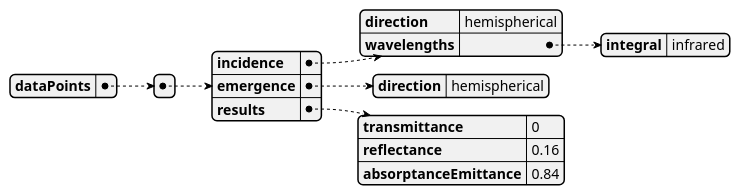
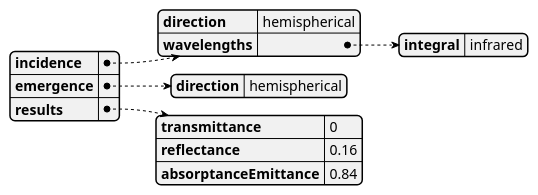
One commit to building-envelope-data/api changed the diagram in docs/diagrams/src/opticalData/infraredDataPoint.plantuml. Above: the diagram before and after it, drawn with PlantUML. The commit also changed 4 other files, not shown here.

Commit message:
Improve the diagram of emittance

```diff
--- a/docs/diagrams/src/opticalData/infraredDataPoint.plantuml
+++ b/docs/diagrams/src/opticalData/infraredDataPoint.plantuml
@@ -1,22 +1,20 @@
 @startjson infraredDataPoint
 {
-  "dataPoints": [
-    {
-      "incidence": {
-        "direction": "hemispherical",
-        "wavelengths": {
-          "integral": "infrared"
-        }
-      },
-      "emergence": {
-        "direction": "hemispherical"
-      },
-      "results": {
-        "transmittance": 0,
-        "reflectance": 0.16,
-        "absorptanceEmittance": 0.84
-      }
+  "incidence": {
+    "direction": "hemispherical",
+    "wavelengths": {
+      "integral": "infrared"
     }
-  ]
+  }
+  ,
+  "emergence": {
+    "direction": "hemispherical"
+  }
+  ,
+  "results": {
+    "transmittance": 0,
+    "reflectance": 0.16,
+    "absorptanceEmittance": 0.84
+  }
 }
 @endjson
```
